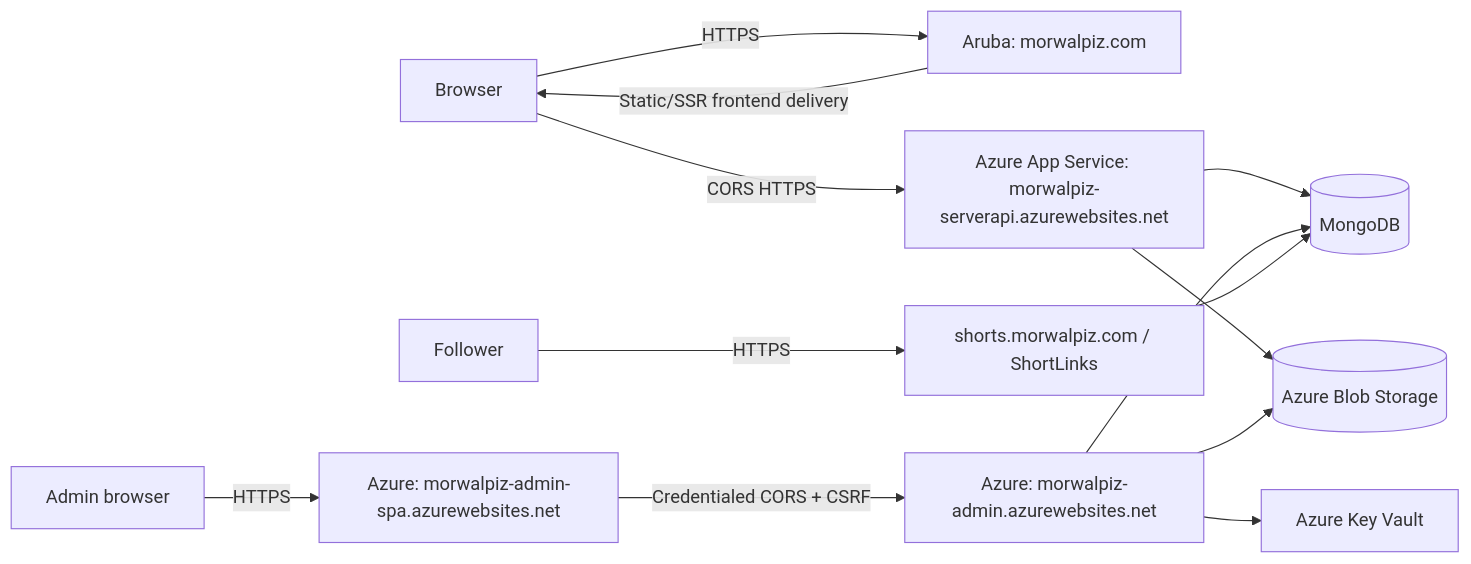
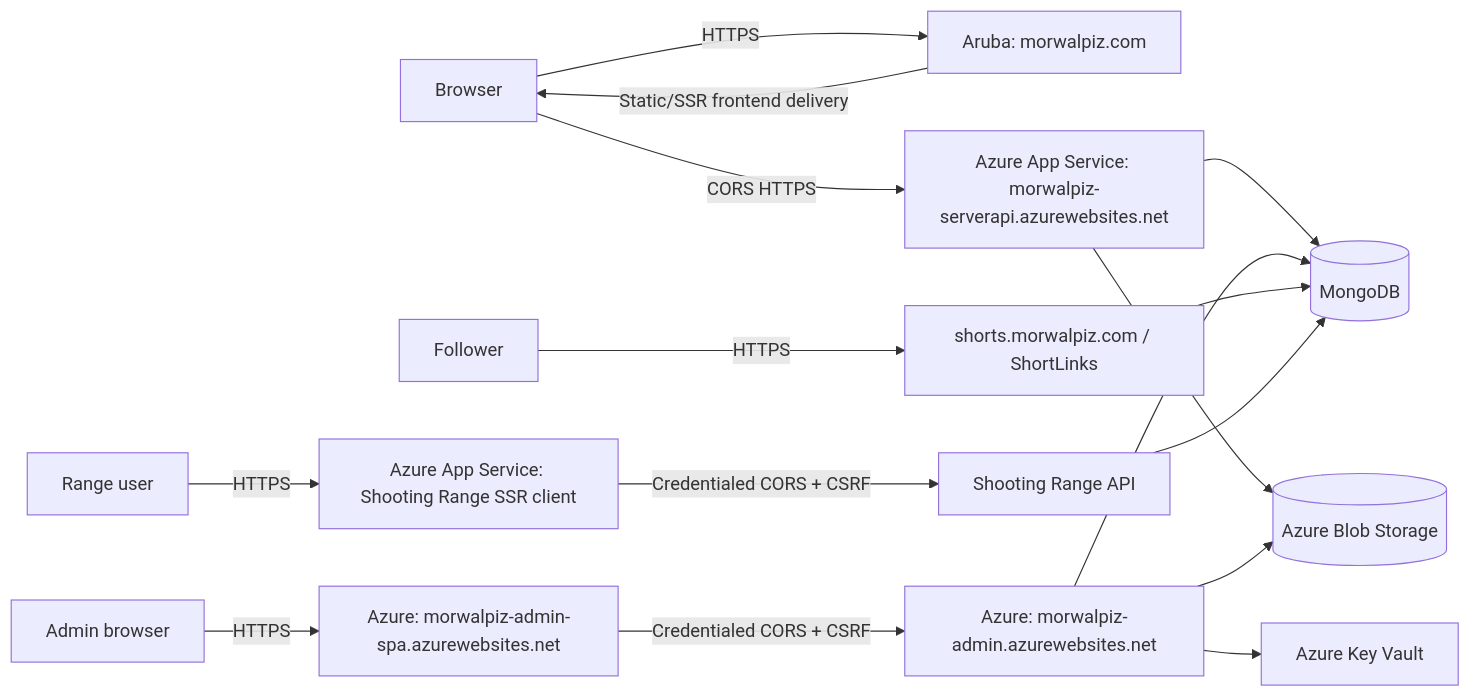
One commit to morganpizzini/MorWalPizVideo changed the diagram in docs/architecture/deployment.md. Above: the diagram before and after it, drawn with Mermaid. The commit also changed other lines of this file and 41 other files, not shown here.

````diff
--- a/docs/architecture/deployment.md
+++ b/docs/architecture/deployment.md
@@ -5,15 +5,18 @@
 ```mermaid
 flowchart LR
     Browser[Browser] -->|HTTPS| Aruba[Aruba: morwalpiz.com]
     Aruba -->|Static/SSR frontend delivery| Browser
     Browser -->|CORS HTTPS| API[Azure App Service: morwalpiz-serverapi.azurewebsites.net]
     Admin[Admin browser] -->|HTTPS| AdminSpa[Azure: morwalpiz-admin-spa.azurewebsites.net]
     AdminSpa -->|Credentialed CORS + CSRF| BO[Azure: morwalpiz-admin.azurewebsites.net]
+    Shooter[Range user] -->|HTTPS| ShootingClient[Azure App Service: Shooting Range SSR client]
+    ShootingClient -->|Credentialed CORS + CSRF| ShootingAPI[Shooting Range API]
     Follower[Follower] -->|HTTPS| Shorts[shorts.morwalpiz.com / ShortLinks]
     API --> Mongo[(MongoDB)]
     BO --> Mongo
     Shorts --> Mongo
     API --> Blob[(Azure Blob Storage)]
     BO --> Blob
     BO --> Vault[Azure Key Vault]
+    ShootingAPI --> Mongo
 ```
````
